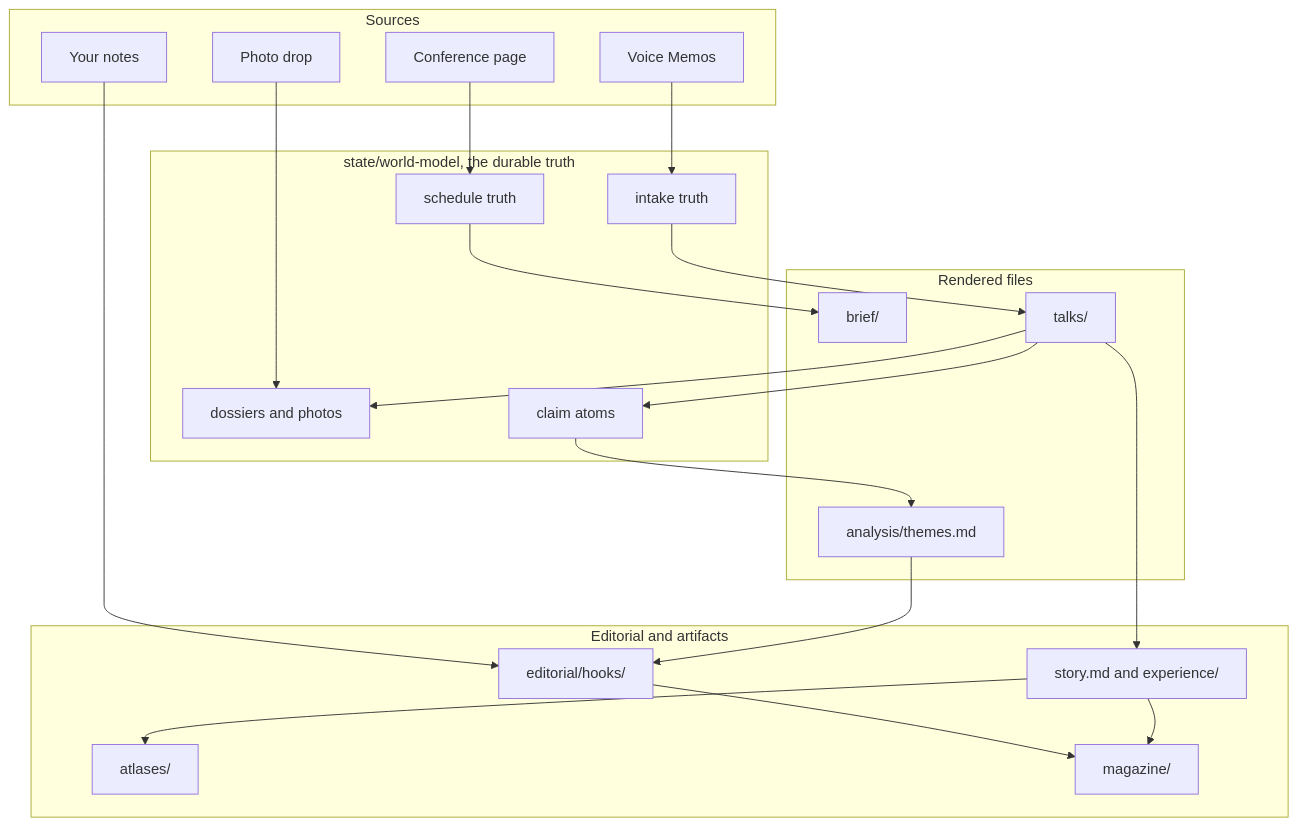
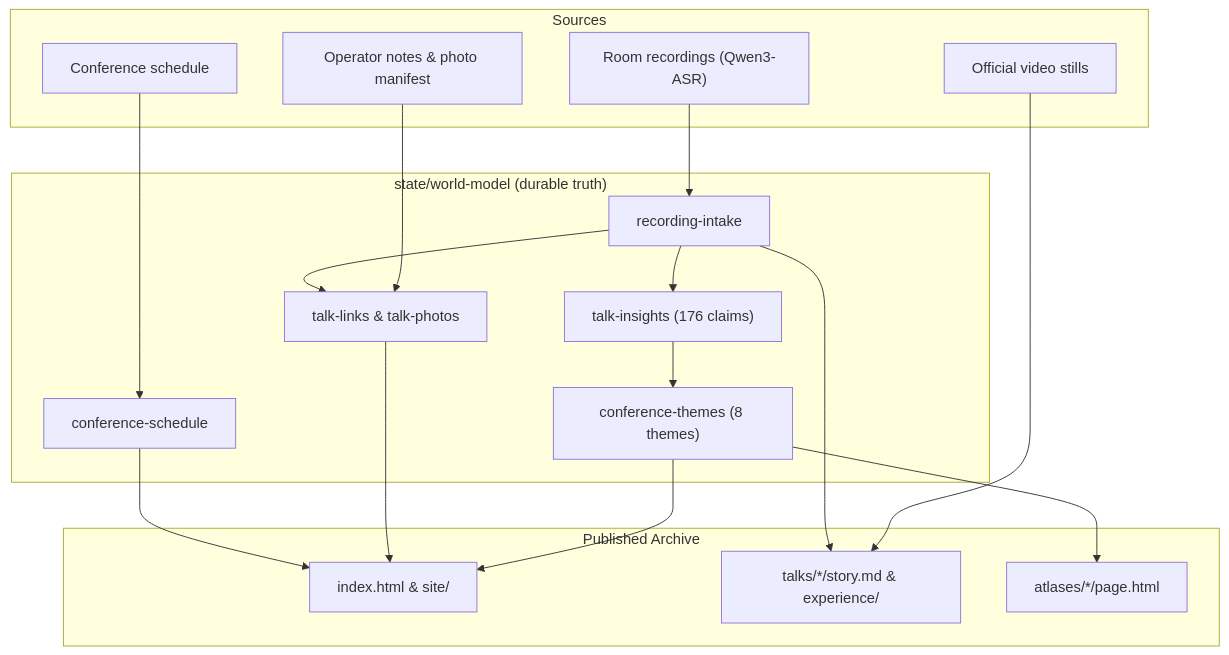
Before and after one commit to The-Focus-AI/2026-10-ai-engineer-nyc: the diagram in README.md, drawn with Mermaid. The commit also changed other lines of this file and 6 other files, not shown here.

Commit message:
feat(archive): polish public archive views, navigation, and README

````diff
--- a/README.md
+++ b/README.md
@@ -20,36 +43,29 @@
 ```mermaid
 flowchart TB
   subgraph sources["Sources"]
-    page["Conference page"]
-    memos["Voice Memos"]
-    drop["Photo drop"]
-    you["Your notes"]
+    page["Conference schedule"]
+    memos["Room recordings (Qwen3-ASR)"]
+    videos["Official video stills"]
+    notes["Operator notes & photo manifest"]
   end
-  subgraph truth["state/world-model, the durable truth"]
-    sched["schedule truth"]
-    intake["intake truth"]
-    media["dossiers and photos"]
-    atoms["claim atoms"]
+  subgraph truth["state/world-model (durable truth)"]
+    sched["conference-schedule"]
+    intake["recording-intake"]
+    media["talk-links & talk-photos"]
+    atoms["talk-insights (176 claims)"]
+    synth["conference-themes (8 themes)"]
   end
-  subgraph files["Rendered files"]
-    brief["brief/"]
-    talks["talks/"]
-    themes["analysis/themes.md"]
-  end
-  subgraph out["Editorial and artifacts"]
-    hooks["editorial/hooks/"]
-    story["story.md and experience/"]
-    atlas["atlases/"]
-    mag["magazine/"]
+  subgraph views["Published Archive"]
+    hub["index.html & site/"]
+    stories["talks/*/story.md & experience/"]
+    atlases["atlases/*/page.html"]
   end
 
-  page --> sched --> brief
-  memos --> intake --> talks
-  drop --> media
-  talks --> media
-  talks --> atoms --> themes
-  you --> hooks
-  themes --> hooks --> mag
-  talks --> story --> atlas
-  story --> mag
+  page --> sched --> hub
+  memos --> intake --> media --> hub
+  intake --> atoms --> synth --> hub
+  intake --> stories
+  videos --> stories
+  synth --> atlases
+  notes --> media
 ```
````
